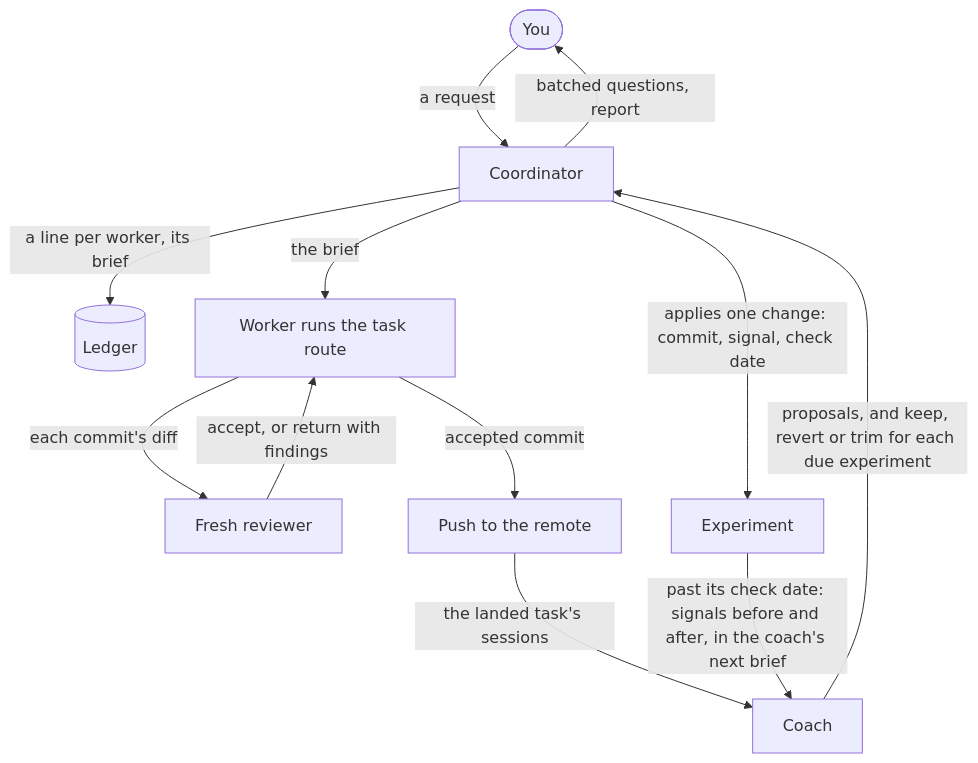
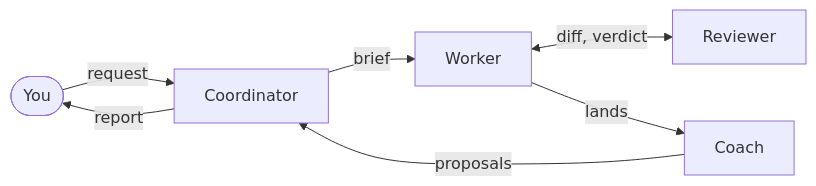
The diagram in README.md (cniska/agent-skills), drawn with Mermaid before and after one commit. The commit also changed other lines of this file and 1 other file, not shown here.

Commit message:
docs(readme): shrink the loop chart

````diff
--- a/README.md
+++ b/README.md
@@ -22,14 +22,9 @@
 ```mermaid
-flowchart TD
-  you(["You"]) -- "a request" --> lead["Coordinator"]
-  lead -- "a line per worker, its brief" --> ledger[("Ledger")]
-  lead -- "batched questions, report" --> you
-  lead -- "the brief" --> worker["Worker runs the task route"]
-  worker -- "each commit's diff" --> reviewer["Fresh reviewer"]
-  reviewer -- "accept, or return with findings" --> worker
-  worker -- "accepted commit" --> push["Push to the remote"]
-  push -- "the landed task's sessions" --> coach["Coach"]
-  coach -- "proposals, and keep, revert or trim for each due experiment" --> lead
-  lead -- "applies one change: commit, signal, check date" --> exp["Experiment"]
-  exp -- "past its check date: signals before and after, in the coach's next brief" --> coach
+flowchart LR
+  you(["You"]) -- "request" --> coord["Coordinator"]
+  coord -- "brief" --> worker["Worker"]
+  worker <-- "diff, verdict" --> reviewer["Reviewer"]
+  worker -- "lands" --> coach["Coach"]
+  coach -- "proposals" --> coord
+  coord -- "report" --> you
 ```
````
